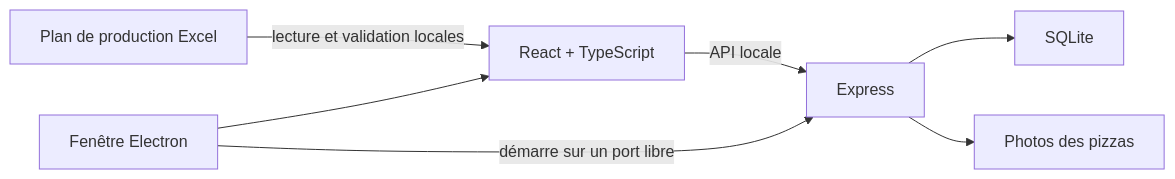
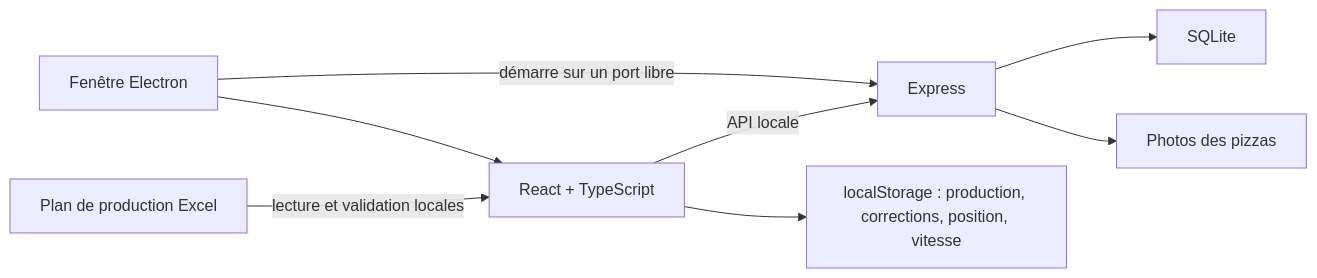
Before and after one commit to JulienEsbt/bruno-pizza-production: the diagram in README.fr.md, drawn with Mermaid. The commit also changed other lines of this file and 12 other files, not shown here.

Commit message:
docs(v2): document behavior, architecture and acceptance checklist

````diff
--- a/README.fr.md
+++ b/README.fr.md
@@ -78,9 +104,10 @@
 ```mermaid
 flowchart LR
     Excel["Plan de production Excel"] -->|"lecture et validation locales"| UI["React + TypeScript"]
     UI -->|"API locale"| API["Express"]
+    UI --> Session["localStorage : production, corrections, position, vitesse"]
     API --> DB["SQLite"]
     API --> Images["Photos des pizzas"]
     Electron["Fenêtre Electron"] --> UI
     Electron -->|"démarre sur un port libre"| API
 ```
````
